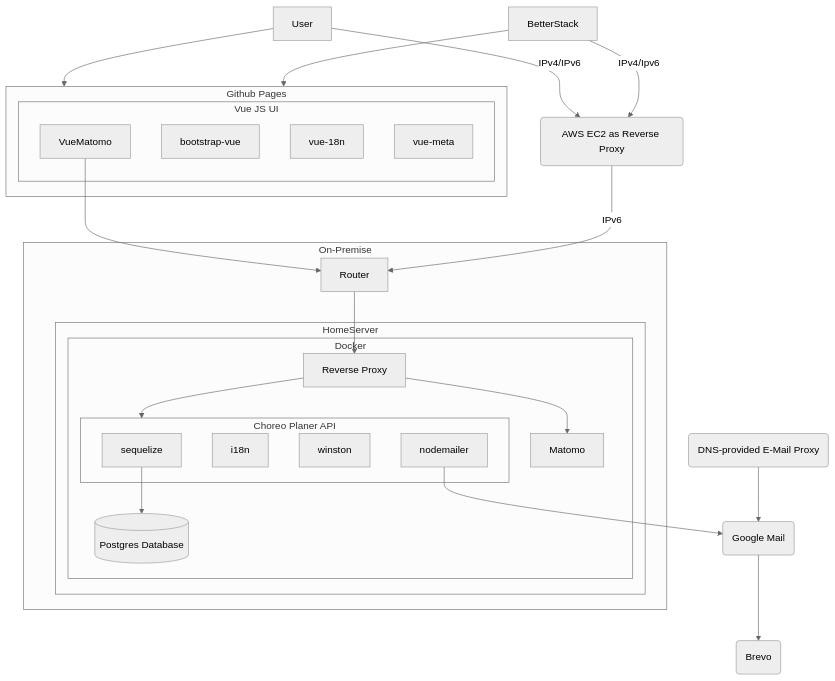
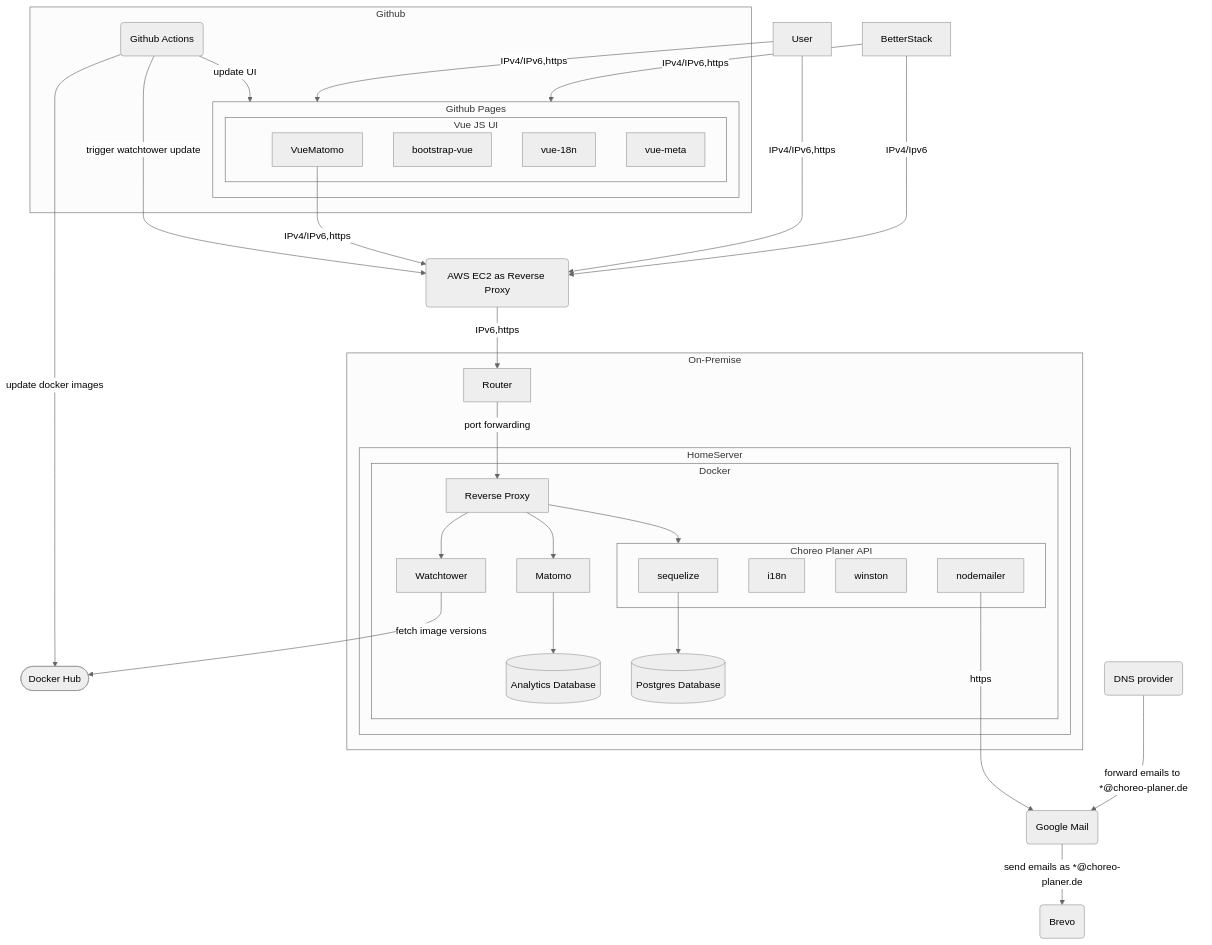
One commit to andreasnicklaus/cheer-choreo-tool changed the diagram in README.md. Above: the diagram before and after it, drawn with Mermaid (neutral theme). The commit also changed 2 other files, not shown here.

Commit message:
feat: updates to architecture diagrams

````diff
--- a/README.md
+++ b/README.md
@@ -36,43 +36,64 @@
 ```mermaid
 graph
-  User --> github
 
-  subgraph github[Github Pages]
-    subgraph vue[Vue JS UI]
-      VueMatomo
-      bootstrap-vue
-      vue-18n
-      vue-meta
+  subgraph Github
+    subgraph pages[Github Pages]
+      subgraph vue[Vue JS UI]
+        VueMatomo
+        bootstrap-vue
+        vue-18n
+        vue-meta
+      end
     end
+    githubactions(Github Actions)
   end
 
-  VueMatomo --> Router
-
-  User --IPv4/IPv6--> aws(AWS EC2 as Reverse Proxy)
-  aws --IPv6--> Router
-
-  BetterStack --IPv4/Ipv6--> aws
-  BetterStack --> github
 
 
   subgraph On-Premise
-    Router --> ReverseProxy
+    Router --port forwarding--> ReverseProxy
     subgraph HomeServer
       subgraph Docker
-        ReverseProxy[Reverse Proxy] --> Matomo
-        ReverseProxy[Reverse Proxy] --> api
-        sequelize --> db[(Postgres Database)]
+        ReverseProxy
+        Matomo
+        Watchtower
+        ReverseProxy[Reverse Proxy]
+        sequelize
+        db[(Postgres Database)]
+        dba[(Analytics Database)]
         subgraph api[Choreo Planer API]
           sequelize
           i18n
           winston
           nodemailer
         end
       end
     end
   end
 
-  nodemailer --> GoogleMail(Google Mail)
-  mailProxy(DNS-provided E-Mail Proxy) --> GoogleMail
-  GoogleMail --> Brevo(Brevo)
+  ReverseProxy --> api
+  ReverseProxy --> Watchtower
+  ReverseProxy --> Matomo
+
+  sequelize --> db
+  Matomo --> dba
+
+  VueMatomo --IPv4/IPv6,https--> aws
+
+  User --IPv4/IPv6,https--> aws(AWS EC2 as Reverse Proxy)
+  User --IPv4/IPv6,https--> pages
+  aws --IPv6,https--> Router
+
+  BetterStack --IPv4/Ipv6--> aws
+  BetterStack --IPv4/IPv6,https--> pages
+
+  githubactions --update docker images--> dockerhub([Docker Hub])
+  githubactions --update UI--> pages
+  githubactions --trigger watchtower update--> aws
+
+  Watchtower --fetch image versions--> dockerhub
+
+  nodemailer --https---> GoogleMail(Google Mail)
+  mailProxy(DNS provider) --forward emails to *@choreo-planer.de--> GoogleMail
+  GoogleMail --send emails as *@choreo-planer.de--> Brevo(Brevo)
 ```
````
